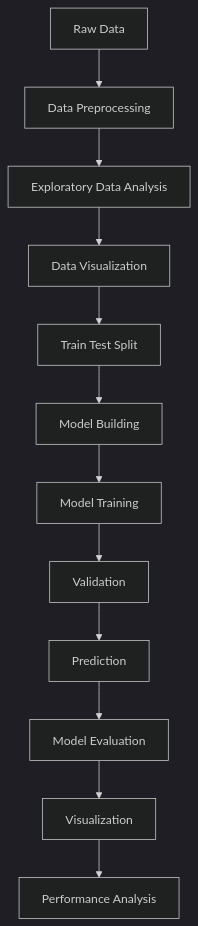
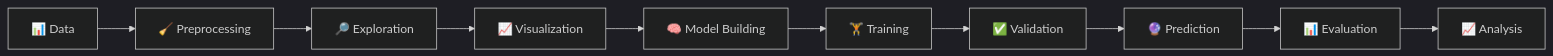
Before and after one commit to rushirathod22/Deep_Learning_Assignment: the first of 9 diagrams in README.md, drawn with Mermaid (dark theme). The commit also changed other lines of this file, not shown here.

````diff
--- a/README.md
+++ b/README.md
@@ -44,14 +85,13 @@
 ```mermaid
-flowchart TD
-    A[Raw Data] --> B[Data Preprocessing]
-    B --> C[Exploratory Data Analysis]
-    C --> D[Data Visualization]
-    D --> E[Train Test Split]
-    E --> F[Model Building]
-    F --> G[Model Training]
-    G --> H[Validation]
-    H --> I[Prediction]
-    I --> J[Model Evaluation]
-    J --> K[Visualization]
-    K --> L[Performance Analysis]
+flowchart LR
+
+A["📊 Data"] --> B["🧹 Preprocessing"]
+B --> C["🔎 Exploration"]
+C --> D["📈 Visualization"]
+D --> E["🧠 Model Building"]
+E --> F["🏋️ Training"]
+F --> G["✅ Validation"]
+G --> H["🔮 Prediction"]
+H --> I["📊 Evaluation"]
+I --> J["📈 Analysis"]
 ```
````
